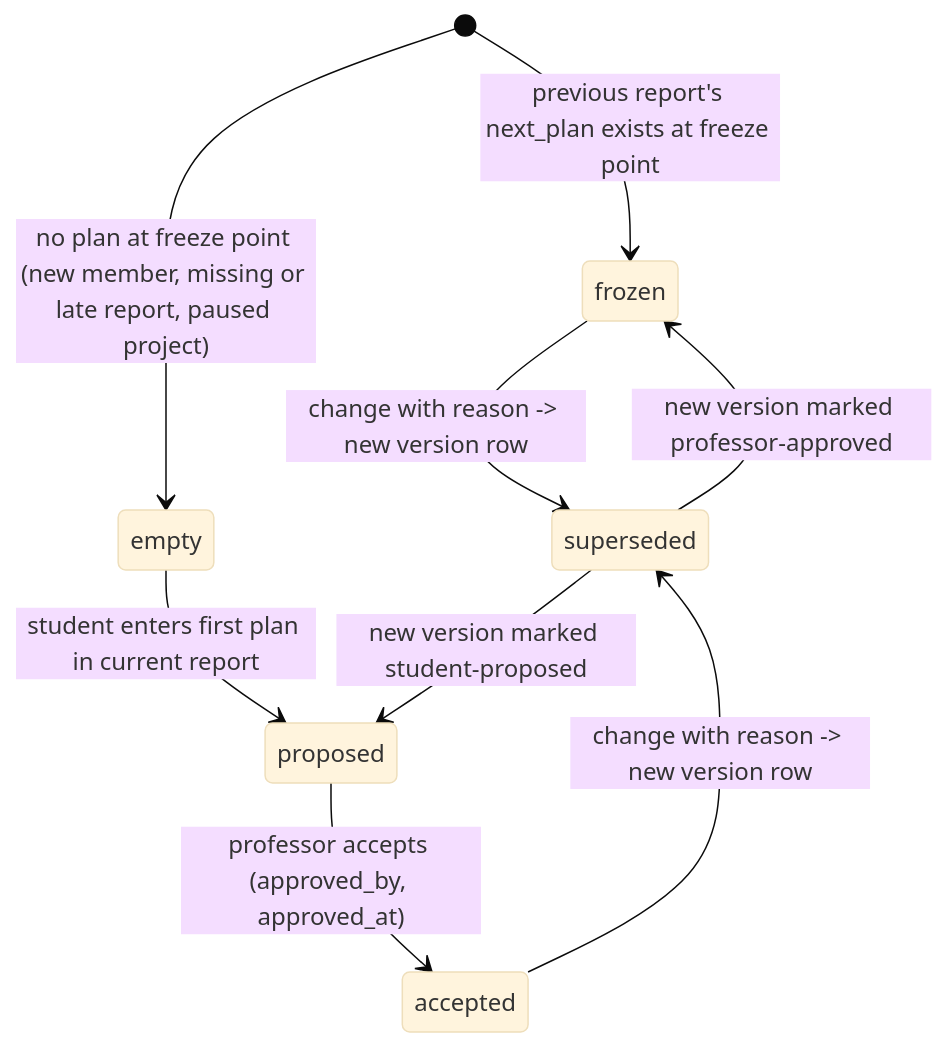
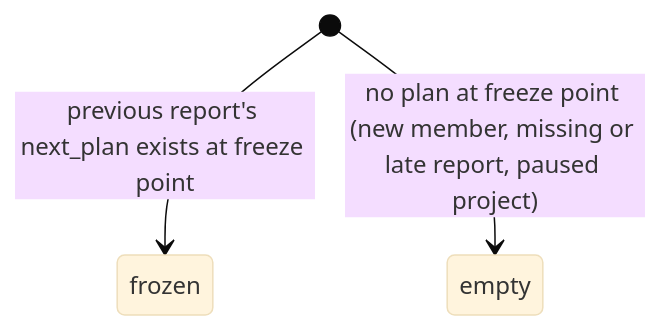
The third of 7 diagrams in docs/architecture.md (thanhtrunghuynh93/research_manager), drawn with Mermaid (base theme) before and after one commit. The commit also changed other lines of this file and 80 other files, not shown here.

````diff
--- a/docs/architecture.md
+++ b/docs/architecture.md
@@ -227,11 +227,5 @@
 ```mermaid
 stateDiagram-v2
     [*] --> frozen: previous report's next_plan exists at freeze point
     [*] --> empty: no plan at freeze point (new member, missing or late report, paused project)
-    empty --> proposed: student enters first plan in current report
-    proposed --> accepted: professor accepts (approved_by, approved_at)
-    frozen --> superseded: change with reason -> new version row
-    accepted --> superseded: change with reason -> new version row
-    superseded --> frozen: new version marked professor-approved
-    superseded --> proposed: new version marked student-proposed
 ```
````
